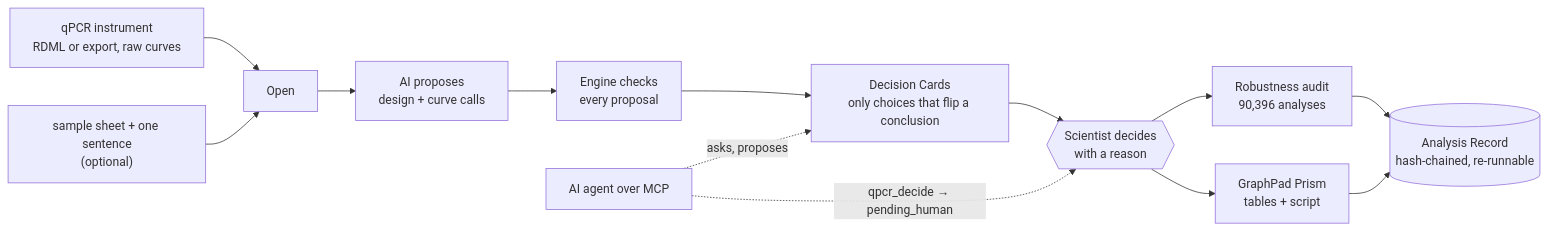
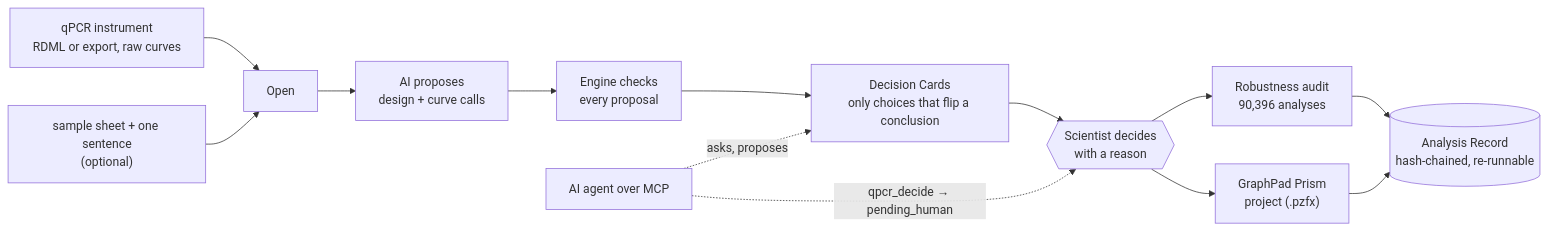
The diagram in README.md (ShivaTeja05/Qpilot), drawn with Mermaid before and after one commit. The commit also changed other lines of this file and 1 other file, not shown here.

````diff
--- a/README.md
+++ b/README.md
@@ -138,15 +159,15 @@
 ```mermaid
 flowchart LR
   RDML["qPCR instrument<br/>RDML or export, raw curves"] --> INTAKE["Open"]
   SHEET["sample sheet + one sentence<br/>(optional)"] --> INTAKE
   INTAKE --> PROPOSE["AI proposes<br/>design + curve calls"]
   PROPOSE --> CHECK["Engine checks<br/>every proposal"]
   CHECK --> CARDS["Decision Cards<br/>only choices that flip a conclusion"]
   CARDS --> PERSON{{"Scientist decides<br/>with a reason"}}
   PERSON --> AUDIT["Robustness audit<br/>90,396 analyses"]
-  PERSON --> PRISM["GraphPad Prism<br/>tables + script"]
+  PERSON --> PRISM["GraphPad Prism<br/>project (.pzfx)"]
   AUDIT --> RECORD[("Analysis Record<br/>hash-chained, re-runnable")]
   PRISM --> RECORD
   AGENT["AI agent over MCP"] -.->|asks, proposes| CARDS
   AGENT -.->|"qpcr_decide → pending_human"| PERSON
 ```
````
